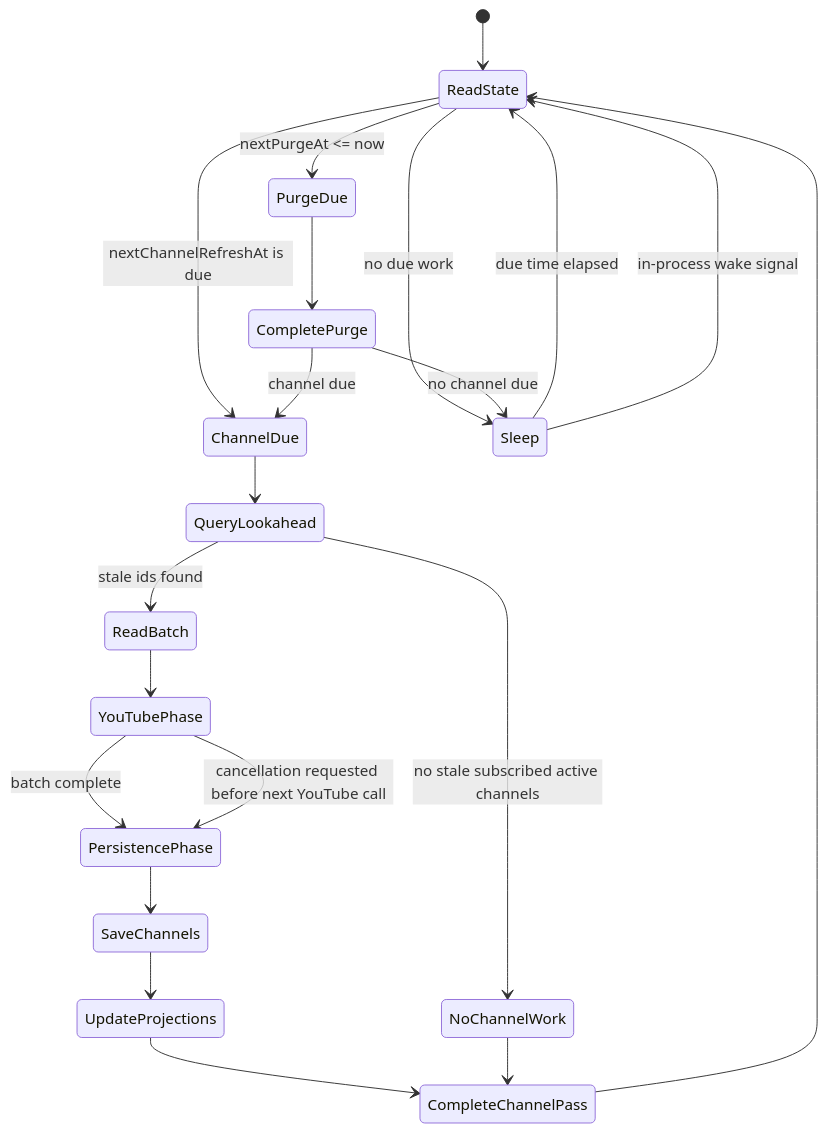
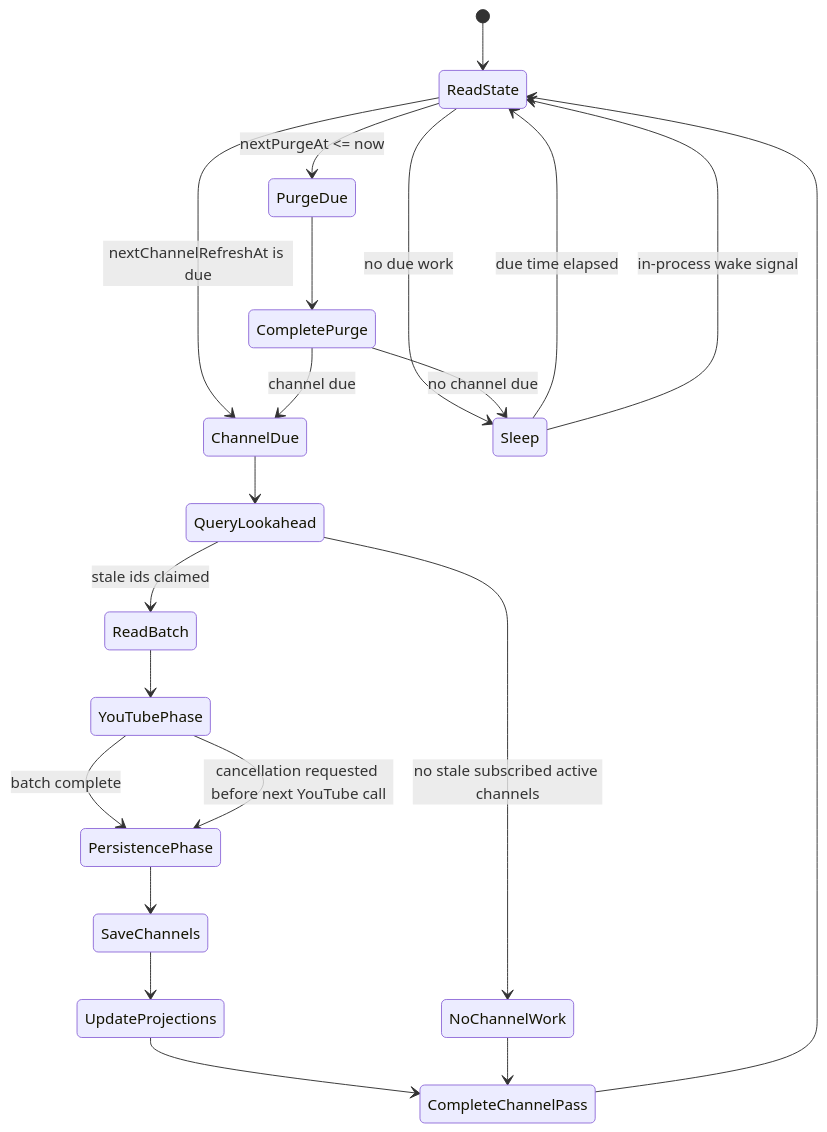
The diagram in docs/worker-state-model.md (ppaskaris/subscriptiond), drawn with Mermaid before and after one commit. The commit also changed other lines of this file and 28 other files, not shown here.

````diff
--- a/docs/worker-state-model.md
+++ b/docs/worker-state-model.md
@@ -94,29 +97,29 @@
 ```mermaid
 stateDiagram-v2
     [*] --> ReadState
     ReadState --> PurgeDue: nextPurgeAt <= now
     ReadState --> ChannelDue: nextChannelRefreshAt is due
     ReadState --> Sleep: no due work
 
     PurgeDue --> CompletePurge
     CompletePurge --> ChannelDue: channel due
     CompletePurge --> Sleep: no channel due
 
     ChannelDue --> QueryLookahead
-    QueryLookahead --> NoChannelWork: no stale subscribed active channels
-    QueryLookahead --> ReadBatch: stale ids found
+QueryLookahead --> NoChannelWork: no stale subscribed active channels
+    QueryLookahead --> ReadBatch: stale ids claimed
 
     ReadBatch --> YouTubePhase
     YouTubePhase --> PersistencePhase: batch complete
     YouTubePhase --> PersistencePhase: cancellation requested before next YouTube call
 
     PersistencePhase --> SaveChannels
     SaveChannels --> UpdateProjections
     UpdateProjections --> CompleteChannelPass
     CompleteChannelPass --> ReadState
 
     NoChannelWork --> CompleteChannelPass
 
     Sleep --> ReadState: due time elapsed
     Sleep --> ReadState: in-process wake signal
 ```
````
